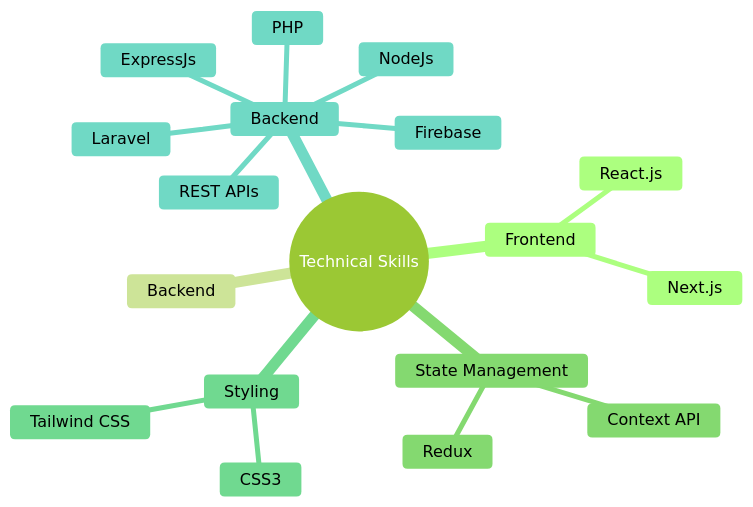
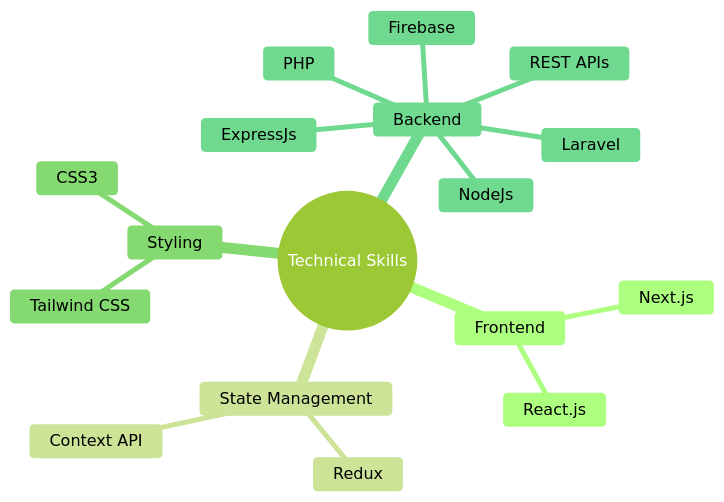
One commit to Soab42/Soab42 changed the second of 7 diagrams in README.md. Above: the diagram before and after it, drawn with Mermaid (forest theme).

````diff
--- a/README.md
+++ b/README.md
@@ -17,21 +17,20 @@
 ```mermaid
 mindmap
   root((Technical Skills))
     Frontend
       React.js
       Next.js
-    Backend
     State Management
       Redux
       Context API
     Styling
       Tailwind CSS
       CSS3
     Backend
       Firebase
       REST APIs
      NodeJs
      ExpressJs
      PHP
      Laravel
 ```
````
